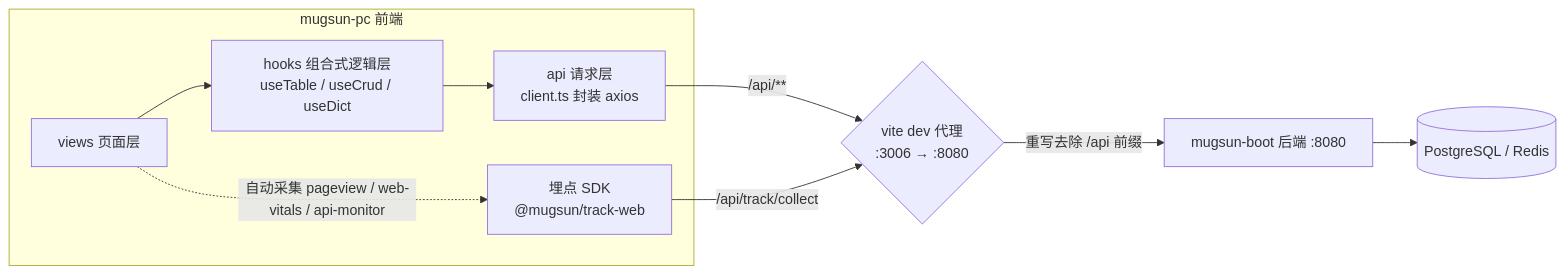
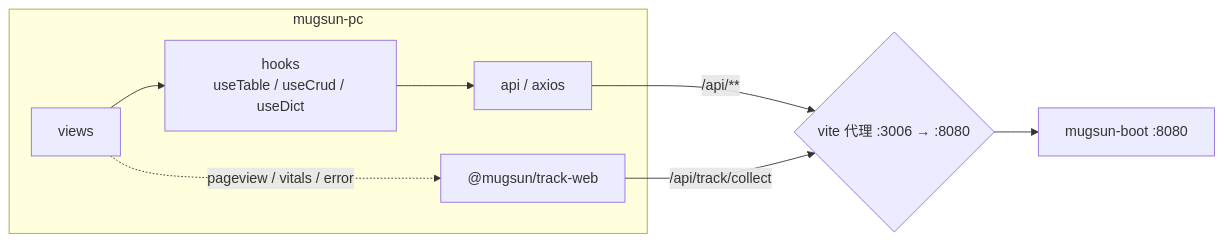
Before and after one commit to mugsun/mugsun-pc: the diagram in README.md, drawn with Mermaid. The commit also changed other lines of this file and 1 other file, not shown here.

````diff
--- a/README.md
+++ b/README.md
@@ -25,12 +39,11 @@
 ```mermaid
 flowchart LR
-    subgraph FE[mugsun-pc 前端]
-        V[views 页面层] --> H[hooks 组合式逻辑层<br/>useTable / useCrud / useDict]
-        H --> A[api 请求层<br/>client.ts 封装 axios]
-        V -. 自动采集 pageview / web-vitals / api-monitor .-> T[埋点 SDK<br/>@mugsun/track-web]
-    end
-    A -- /api/** --> P{vite dev 代理<br/>:3006 → :8080}
-    T -- /api/track/collect --> P
-    P -- 重写去除 /api 前缀 --> B[mugsun-boot 后端 :8080]
-    B --> DB[(PostgreSQL / Redis)]
+  subgraph FE[mugsun-pc]
+    V[views] --> H[hooks<br/>useTable / useCrud / useDict]
+    H --> A[api / axios]
+    V -. pageview / vitals / error .-> T["@mugsun/track-web"]
+  end
+  A -- /api/** --> P{vite 代理 :3006 → :8080}
+  T -- /api/track/collect --> P
+  P --> B[mugsun-boot :8080]
 ```
````
